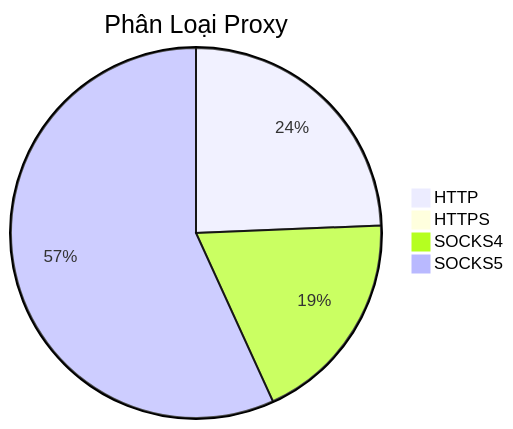
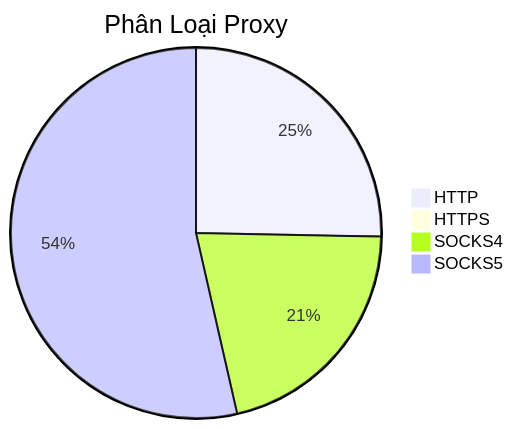
The diagram in README.md (Ciara-12/PROXY-free), drawn with Mermaid before and after one commit. The commit also changed other lines of this file and 4 other files, not shown here.

````diff
--- a/README.md
+++ b/README.md
@@ -26,7 +26,7 @@
 ```mermaid
 pie title Phân Loại Proxy
-    "HTTP" : 366
-    "HTTPS" : 0
-    "SOCKS4" : 283
-    "SOCKS5" : 854
+    "HTTP" : 369
+    "HTTPS" : 1
+    "SOCKS4" : 308
+    "SOCKS5" : 781
 ```
````
